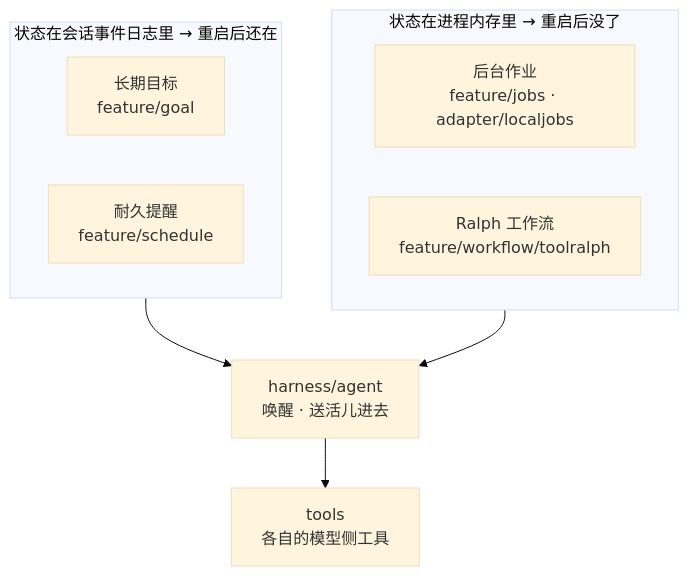
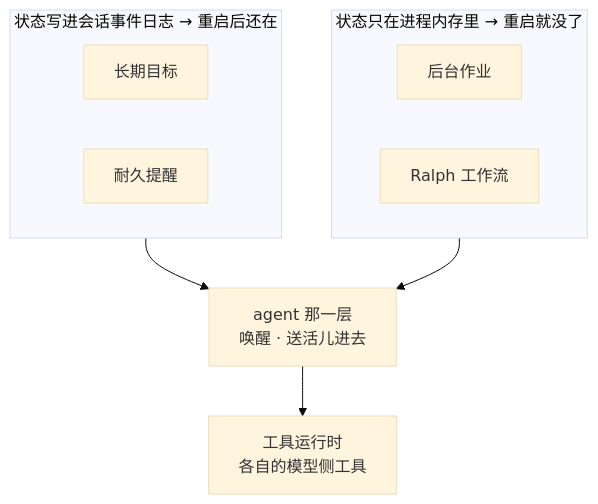
One commit to snight1983/ds-harness-go changed the third of 35 diagrams in docs/modules/workflow.md. Above: the diagram before and after it, drawn with Mermaid (base theme). The commit also changed other lines of this file and 43 other files, not shown here.

Commit message:
docs: 图解架构与模块设计

````diff
--- a/docs/modules/workflow.md
+++ b/docs/modules/workflow.md
@@ -20,14 +34,14 @@
 ```mermaid
 flowchart TB
-    subgraph Durable["状态在会话事件日志里 → 重启后还在"]
-        G["长期目标<br/>feature/goal"]
-        S["耐久提醒<br/>feature/schedule"]
+    subgraph Durable["状态写进会话事件日志 → 重启后还在"]
+        G["长期目标"]
+        S["耐久提醒"]
     end
-    subgraph Volatile["状态在进程内存里 → 重启后没了"]
-        J["后台作业<br/>feature/jobs · adapter/localjobs"]
-        R["Ralph 工作流<br/>feature/workflow/toolralph"]
+    subgraph Volatile["状态只在进程内存里 → 重启就没了"]
+        J["后台作业"]
+        R["Ralph 工作流"]
     end
-    Durable --> A["harness/agent<br/>唤醒 · 送活儿进去"]
+    Durable --> A["agent 那一层<br/>唤醒 · 送活儿进去"]
     Volatile --> A
-    A --> T["tools<br/>各自的模型侧工具"]
+    A --> T["工具运行时<br/>各自的模型侧工具"]
 ```
````
